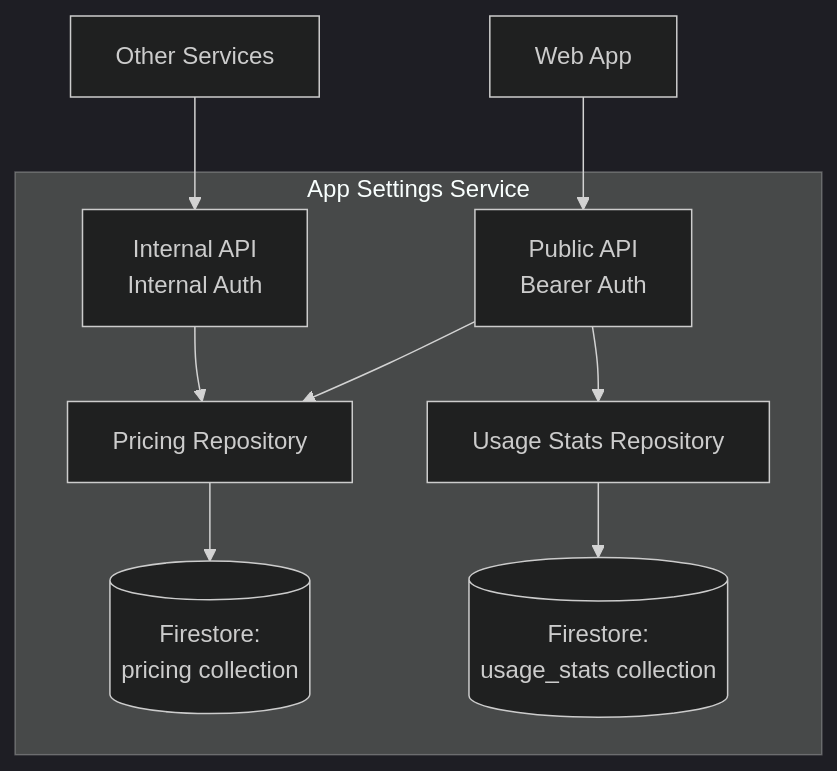
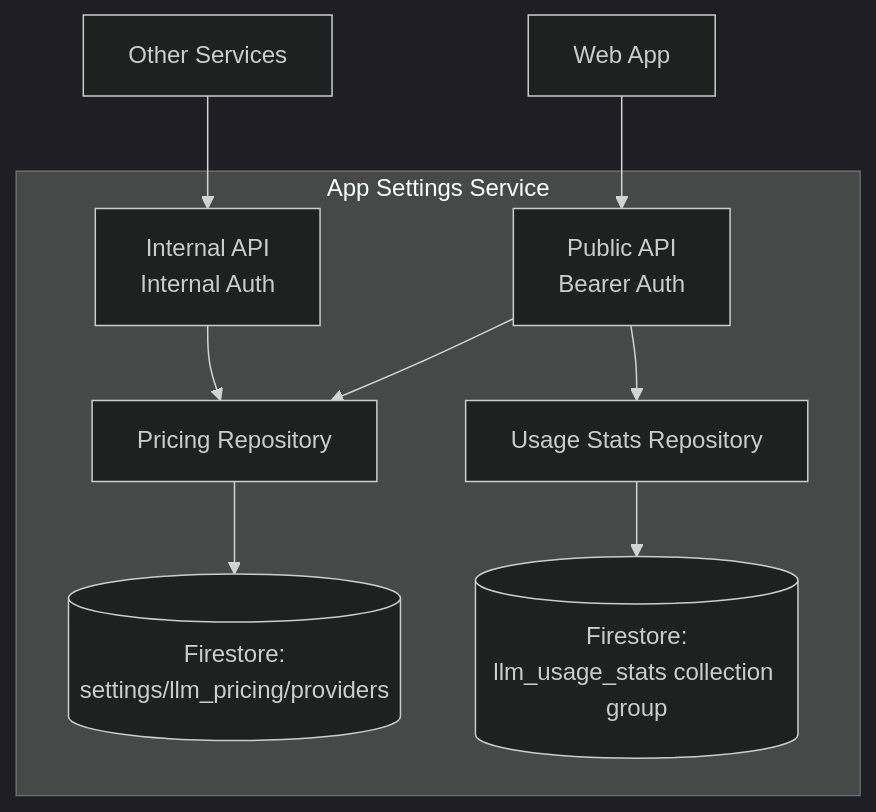
One commit to pbuchman/intexuraos changed the diagram in docs/services/app-settings-service/technical.md. Above: the diagram before and after it, drawn with Mermaid (dark theme). The commit also changed other lines of this file and 147 other files, not shown here.

````diff
--- a/docs/services/app-settings-service/technical.md
+++ b/docs/services/app-settings-service/technical.md
@@ -9,18 +9,18 @@
 ```mermaid
 graph TB
     subgraph "App Settings Service"
         Public[Public API<br/>Bearer Auth]
         Internal[Internal API<br/>Internal Auth]
 
         Public --> PricingRepo[Pricing Repository]
         Public --> UsageRepo[Usage Stats Repository]
 
         Internal --> PricingRepo
 
-        PricingRepo --> FS1[(Firestore:<br/>pricing collection)]
-        UsageRepo --> FS2[(Firestore:<br/>usage_stats collection)]
+        PricingRepo --> FS1[(Firestore:<br/>settings/llm_pricing/providers)]
+        UsageRepo --> FS2[(Firestore:<br/>llm_usage_stats collection group)]
     end
 
     Services[Other Services] --> Internal
     WebApp[Web App] --> Public
 ```
````
